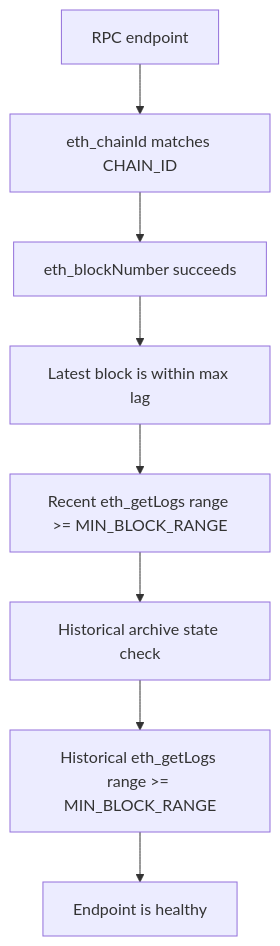
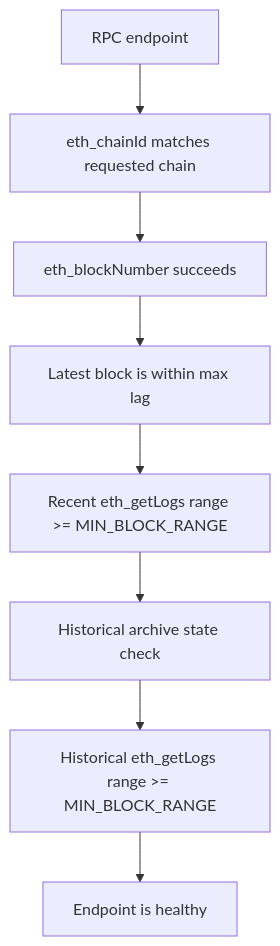
One commit to luen-eth/relay-rpc changed the third of 3 diagrams in README.md. Above: the diagram before and after it, drawn with Mermaid. The commit also changed other lines of this file and 7 other files, not shown here.

Commit message:
Add multi-chain RPC routing

````diff
--- a/README.md
+++ b/README.md
@@ -67,10 +67,10 @@
 ```mermaid
 flowchart TD
-  Start["RPC endpoint"] --> Chain["eth_chainId matches CHAIN_ID"]
+  Start["RPC endpoint"] --> Chain["eth_chainId matches requested chain"]
   Chain --> Block["eth_blockNumber succeeds"]
   Block --> Fresh["Latest block is within max lag"]
   Fresh --> Recent["Recent eth_getLogs range >= MIN_BLOCK_RANGE"]
   Recent --> Archive["Historical archive state check"]
   Archive --> History["Historical eth_getLogs range >= MIN_BLOCK_RANGE"]
   History --> Healthy["Endpoint is healthy"]
 ```
````
